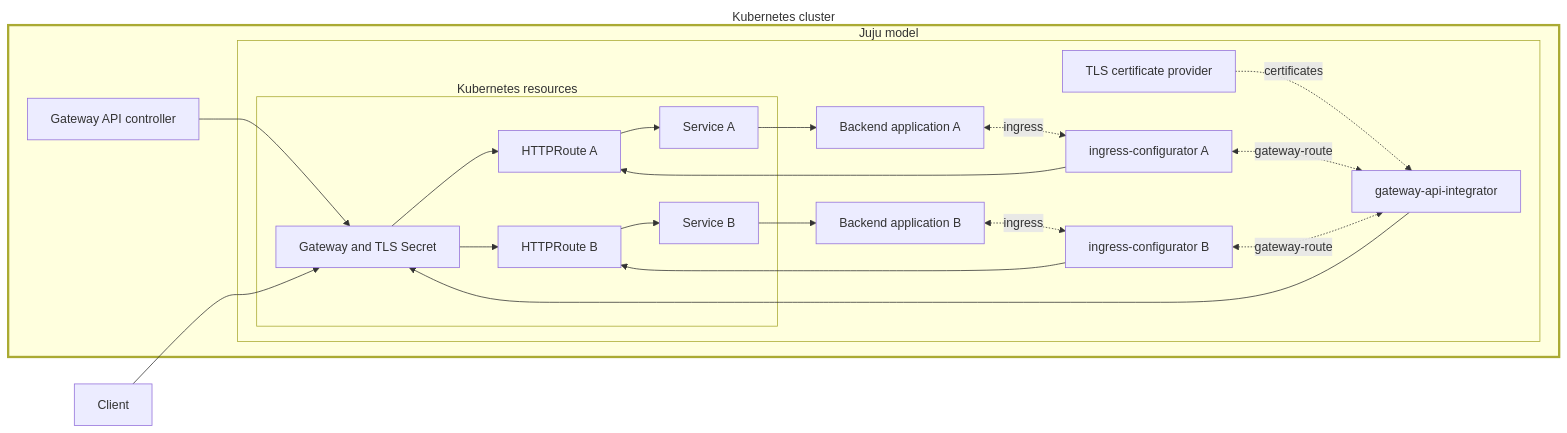
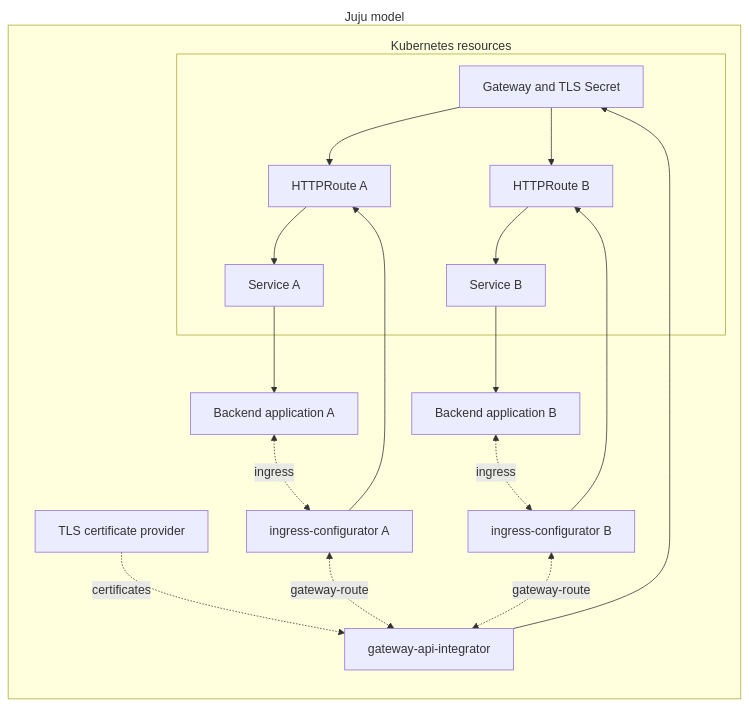
The diagram in docs/reference/deployment-architecture.md (canonical/gateway-api-integrator-operator), drawn with Mermaid before and after one commit.

Commit message:
Removed client and gateway controller from diagram

````diff
--- a/docs/reference/deployment-architecture.md
+++ b/docs/reference/deployment-architecture.md
@@ -16,43 +16,34 @@
 ```{mermaid}
 %%{init: {'flowchart': {'subGraphTitleMargin': {'top': -22, 'bottom': 0}}}}%%
 flowchart LR
-    client["Client"]
-
-    subgraph cluster["Kubernetes cluster"]
-        controller["Gateway API controller"]
 
         subgraph model["Juju model"]
             tls["TLS certificate provider"]
             gai["gateway-api-integrator"]
             ic_a["ingress-configurator A"]
             ic_b["ingress-configurator B"]
             app_a["Backend application A"]
             app_b["Backend application B"]
 
             subgraph resources["Kubernetes resources"]
                 gateway["Gateway and TLS Secret"]
                 route_a["HTTPRoute A"]
                 route_b["HTTPRoute B"]
                 service_a["Service A"]
                 service_b["Service B"]
             end
         end
-    end
 
     tls -. "certificates" .-> gai
     app_a <-. "ingress" .-> ic_a
     app_b <-. "ingress" .-> ic_b
     ic_a <-. "gateway-route" .-> gai
     ic_b <-. "gateway-route" .-> gai
 
     gai --> gateway
     ic_a --> route_a
     ic_b --> route_b
-    controller --> gateway
 
-    client --> gateway
     gateway --> route_a --> service_a --> app_a
     gateway --> route_b --> service_b --> app_b
-
-    style cluster stroke-width:3px
 ```
````
